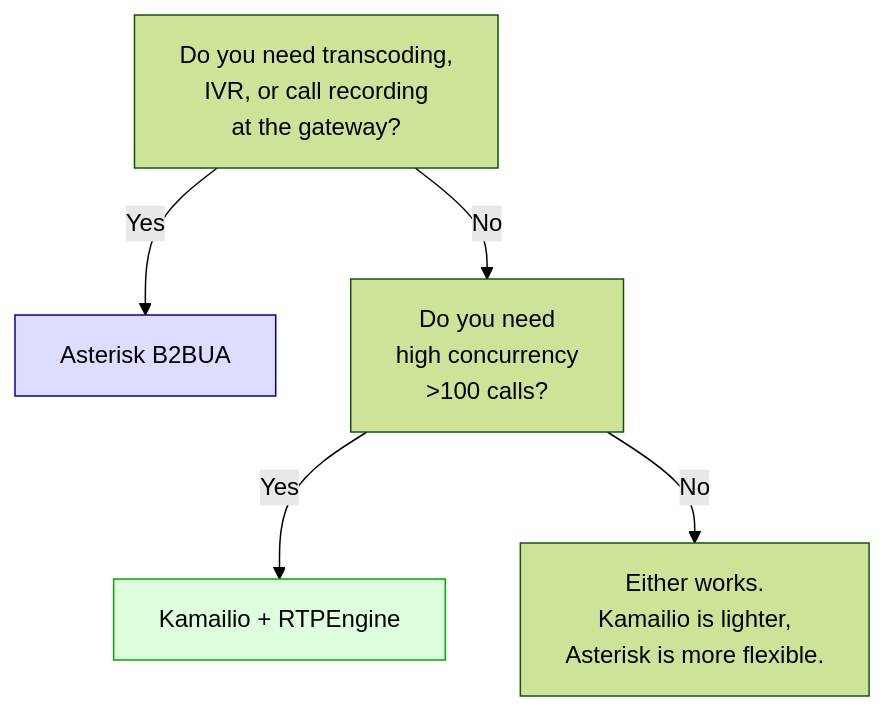
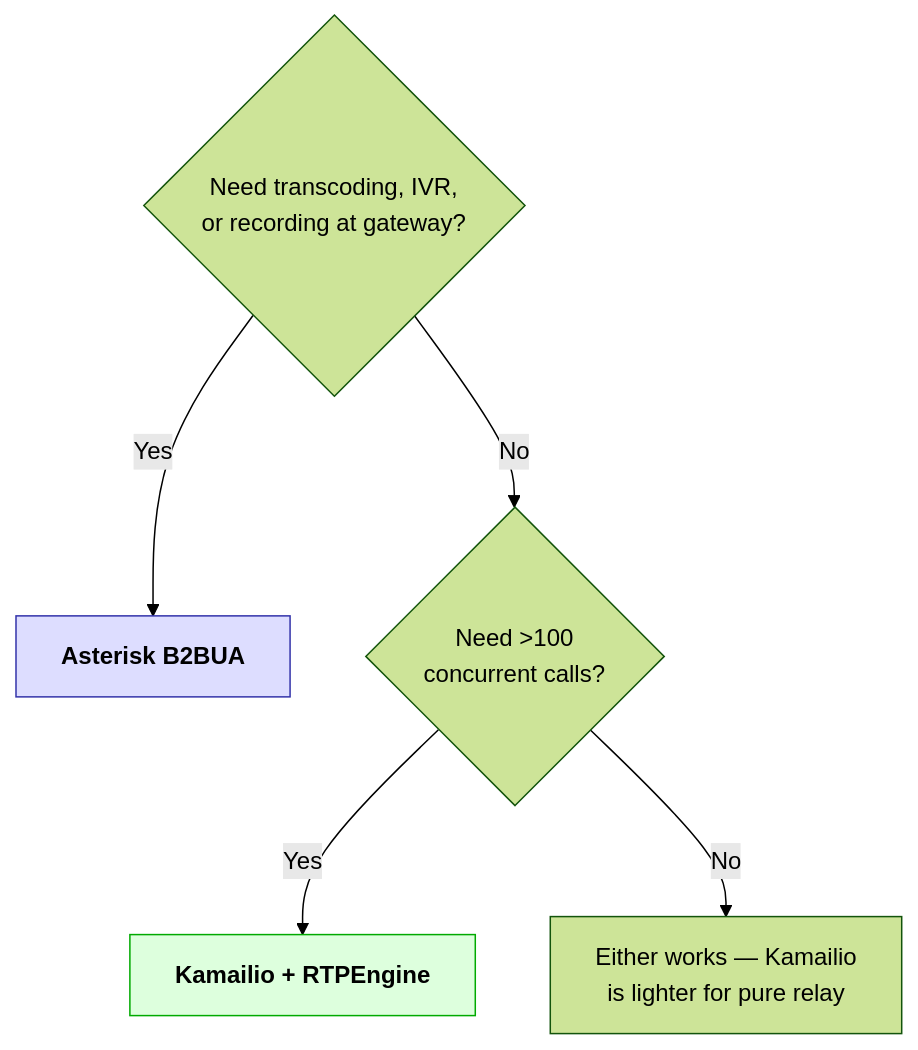
One commit to Jitendra2603/sip-gateway changed the third of 4 diagrams in README.md. Above: the diagram before and after it, drawn with Mermaid (forest theme). The commit also changed other lines of this file and 15 other files, not shown here.

````diff
--- a/README.md
+++ b/README.md
@@ -51,10 +97,9 @@
 ```mermaid
 flowchart TD
-    A[Do you need transcoding,<br/>IVR, or call recording<br/>at the gateway?] -->|Yes| B[Asterisk B2BUA]
-    A -->|No| C[Do you need<br/>high concurrency<br/>>100 calls?]
-    C -->|Yes| D[Kamailio + RTPEngine]
-    C -->|No| E[Either works.<br/>Kamailio is lighter,<br/>Asterisk is more flexible.]
-
+    A{"Need transcoding, IVR,<br/>or recording at gateway?"} -->|Yes| B["<b>Asterisk B2BUA</b>"]
+    A -->|No| C{"Need >100<br/>concurrent calls?"}
+    C -->|Yes| D["<b>Kamailio + RTPEngine</b>"]
+    C -->|No| E["Either works — Kamailio<br/>is lighter for pure relay"]
+    style B fill:#ddf,stroke:#33a
     style D fill:#dfd,stroke:#0a0
-    style B fill:#ddf,stroke:#00a
 ```
````
